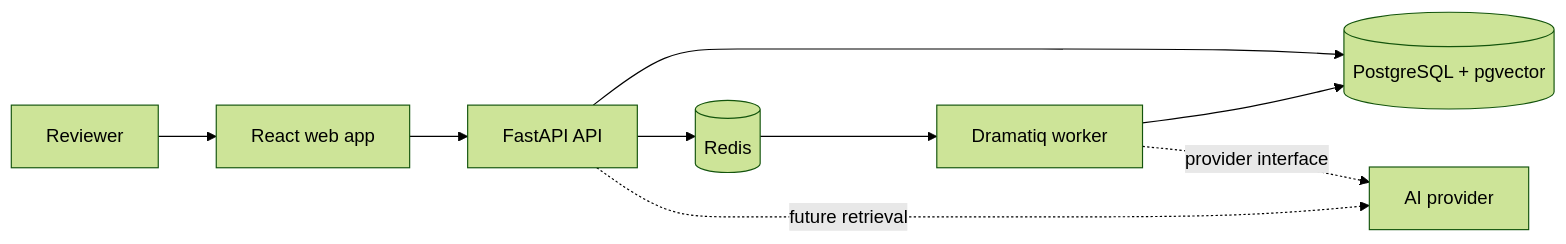
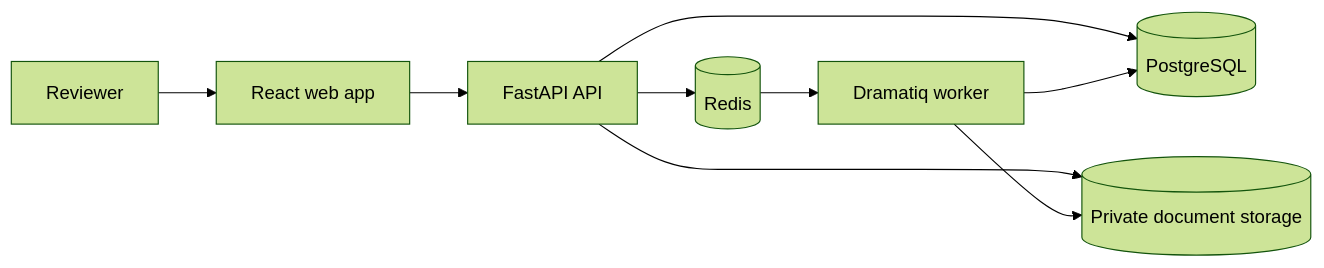
The diagram in README.md (hafiz475/AI-Document-Intelligence-Verification-Platform), drawn with Mermaid (forest theme) before and after one commit. The commit also changed other lines of this file and 57 other files, not shown here.

````diff
--- a/README.md
+++ b/README.md
@@ -13,11 +39,11 @@
-```mermaid
+~~~mermaid
 flowchart LR
     U[Reviewer] --> W[React web app]
     W --> A[FastAPI API]
-    A --> P[(PostgreSQL + pgvector)]
+    A --> P[(PostgreSQL)]
     A --> R[(Redis)]
     R --> J[Dramatiq worker]
+    A --> S[(Private document storage)]
+    J --> S
     J --> P
-    J -. provider interface .-> L[AI provider]
-    A -. future retrieval .-> L
-```
+~~~
````
